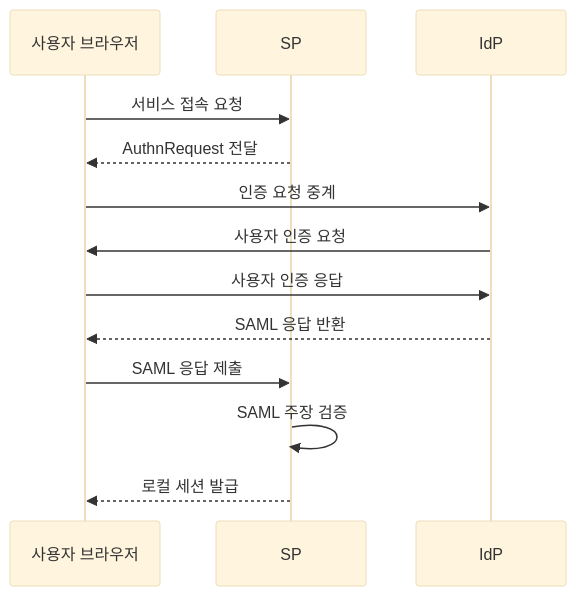
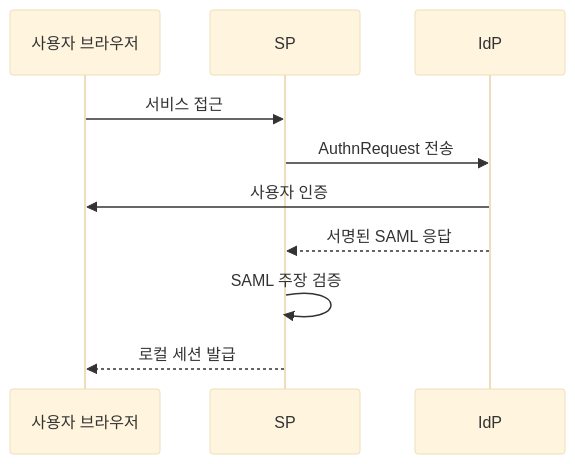
Before and after one commit to agnusdei1207/knowledge-base: the second of 2 diagrams in src/content/docs/notes/05-security/058_saml.md, drawn with Mermaid (base theme). The commit also changed other lines of this file and 4 other files, not shown here.

````diff
--- a/src/content/docs/notes/05-security/058_saml.md
+++ b/src/content/docs/notes/05-security/058_saml.md
@@ -82,15 +82,12 @@
 ```mermaid
 sequenceDiagram
     participant U as 사용자 브라우저
     participant S as SP
     participant I as IdP
-    U->>S: 서비스 접속 요청
-    S-->>U: AuthnRequest 전달
-    U->>I: 인증 요청 중계
-    I->>U: 사용자 인증 요청
-    U->>I: 사용자 인증 응답
-    I-->>U: SAML 응답 반환
-    U->>S: SAML 응답 제출
+    U->>S: 서비스 접근
+    S->>I: AuthnRequest 전송
+    I->>U: 사용자 인증
+    I-->>S: 서명된 SAML 응답
     S->>S: SAML 주장 검증
     S-->>U: 로컬 세션 발급
 ```
````
